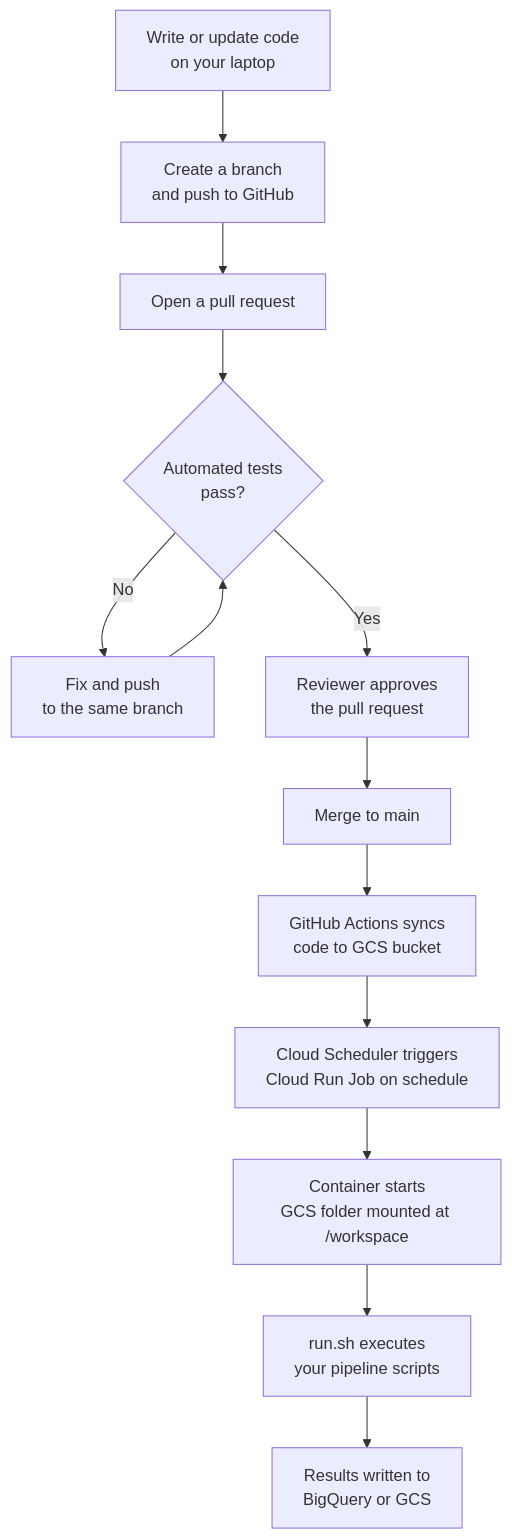
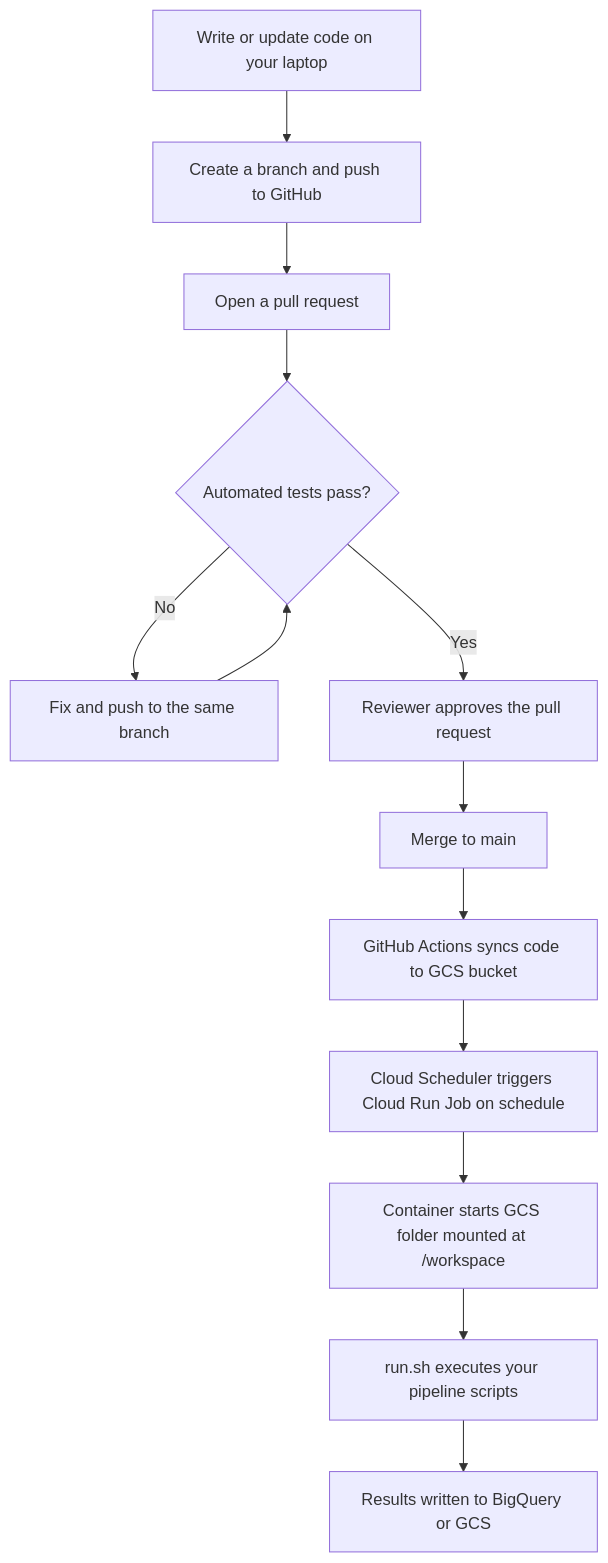
The first of 3 diagrams in docs/architecture.md (Ch3w3y/docker_gcp), drawn with Mermaid before and after one commit. The commit also changed other lines of this file and 10 other files, not shown here.

First line of the commit message:
Fix mermaid diagram rendering: replace literal \n with spaces

````diff
--- a/docs/architecture.md
+++ b/docs/architecture.md
@@ -294,15 +294,15 @@
 ```mermaid
 flowchart TD
-    A[Write or update code\non your laptop] --> B[Create a branch\nand push to GitHub]
+    A[Write or update code on your laptop] --> B[Create a branch and push to GitHub]
     B --> C[Open a pull request]
-    C --> D{Automated tests\npass?}
-    D -- No --> E[Fix and push\nto the same branch]
+    C --> D{Automated tests pass?}
+    D -- No --> E[Fix and push to the same branch]
     E --> D
-    D -- Yes --> F[Reviewer approves\nthe pull request]
+    D -- Yes --> F[Reviewer approves the pull request]
     F --> G[Merge to main]
-    G --> H[GitHub Actions syncs\ncode to GCS bucket]
-    H --> I[Cloud Scheduler triggers\nCloud Run Job on schedule]
-    I --> J[Container starts\nGCS folder mounted at /workspace]
-    J --> K[run.sh executes\nyour pipeline scripts]
-    K --> L[Results written to\nBigQuery or GCS]
+    G --> H[GitHub Actions syncs code to GCS bucket]
+    H --> I[Cloud Scheduler triggers Cloud Run Job on schedule]
+    I --> J[Container starts GCS folder mounted at /workspace]
+    J --> K[run.sh executes your pipeline scripts]
+    K --> L[Results written to BigQuery or GCS]
 ```
````
